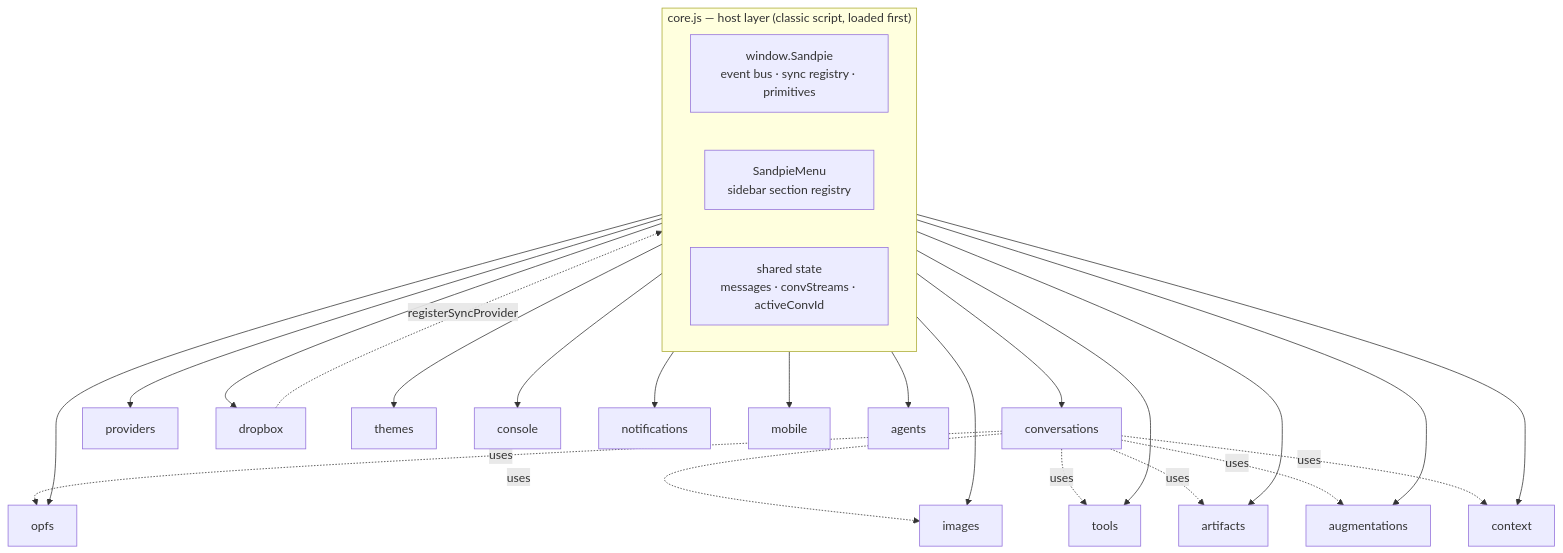
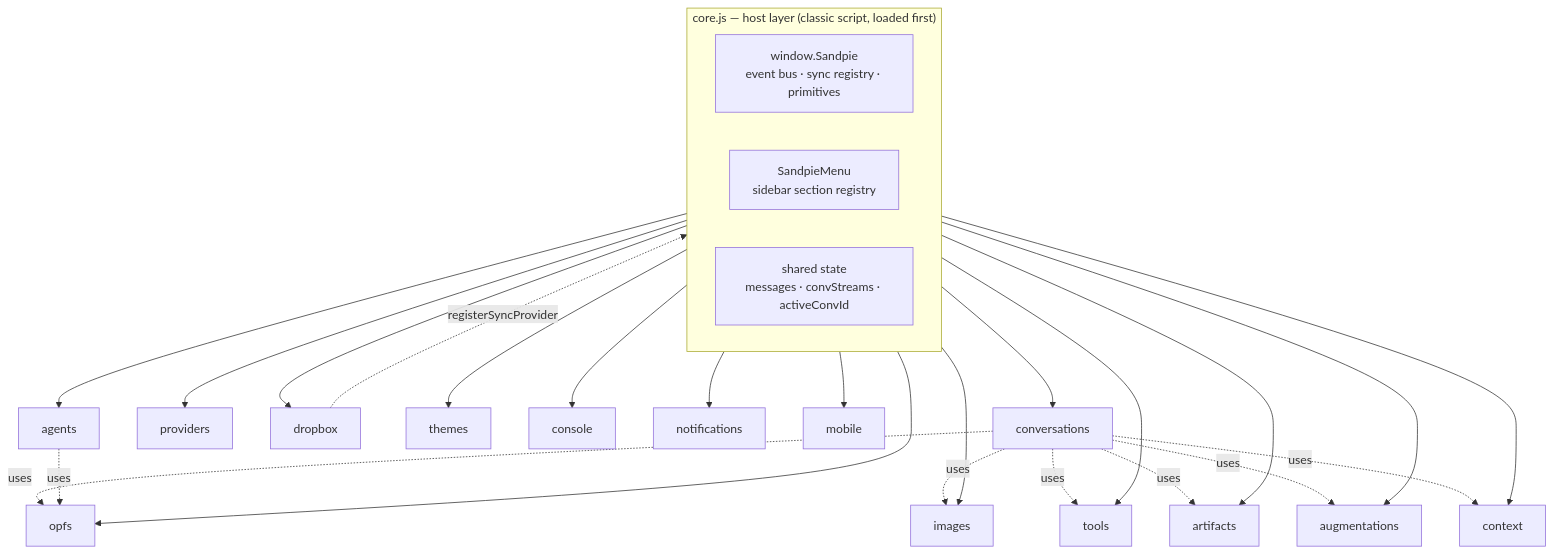
The first of 2 diagrams in docs/ARCHITECTURE.md (eze-paz/primasieve), drawn with Mermaid before and after one commit. The commit also changed other lines of this file and 3 other files, not shown here.

````diff
--- a/docs/ARCHITECTURE.md
+++ b/docs/ARCHITECTURE.md
@@ -15,32 +15,33 @@
 ```mermaid
 flowchart TD
     subgraph HOST["core.js — host layer (classic script, loaded first)"]
       direction LR
       S["window.Sandpie<br/>event bus · sync registry · primitives"]
       M["SandpieMenu<br/>sidebar section registry"]
       ST["shared state<br/>messages · convStreams · activeConvId"]
     end
 
     HOST --> conversations
     HOST --> opfs
     HOST --> providers
     HOST --> dropbox
     HOST --> themes
     HOST --> console
     HOST --> images
     HOST --> notifications
     HOST --> tools
     HOST --> mobile
     HOST --> agents
     HOST --> context
     HOST --> artifacts
     HOST --> augmentations
 
     conversations -. uses .-> opfs
     conversations -. uses .-> images
     conversations -. uses .-> tools
     conversations -. uses .-> artifacts
     conversations -. uses .-> augmentations
     conversations -. uses .-> context
+    agents -. uses .-> opfs
     dropbox -. registerSyncProvider .-> S
 ```
````
